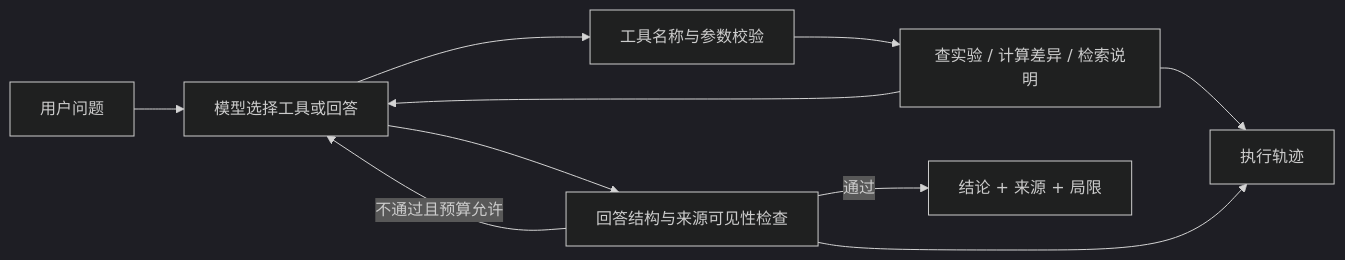
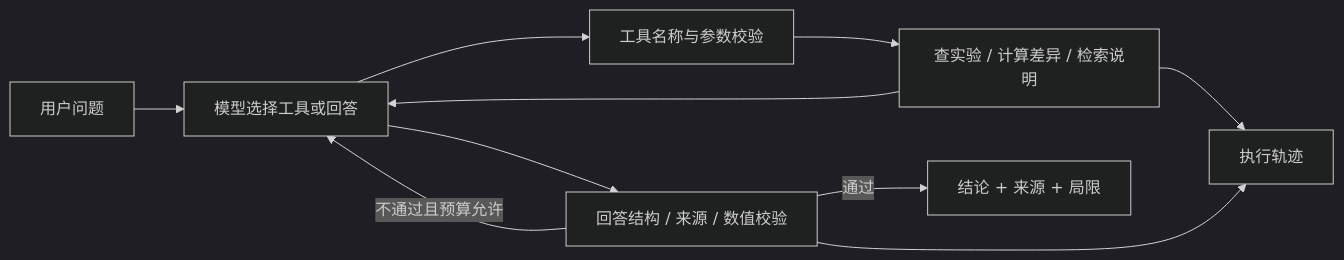
One commit to N7766/lablens-agent changed the diagram in README.md. Above: the diagram before and after it, drawn with Mermaid (dark theme). The commit also changed other lines of this file and 98 other files, not shown here.

````diff
--- a/README.md
+++ b/README.md
@@ -61,12 +65,12 @@
 ```mermaid
 flowchart LR
     Q[用户问题] --> M[模型选择工具或回答]
     M --> V[工具名称与参数校验]
     V --> T[查实验 / 计算差异 / 检索说明]
     T --> M
-    M --> C[回答结构与来源可见性检查]
+    M --> C[回答结构 / 来源 / 数值校验]
     C -->|不通过且预算允许| M
     C -->|通过| A[结论 + 来源 + 局限]
     T --> E[执行轨迹]
     C --> E
 ```
````
